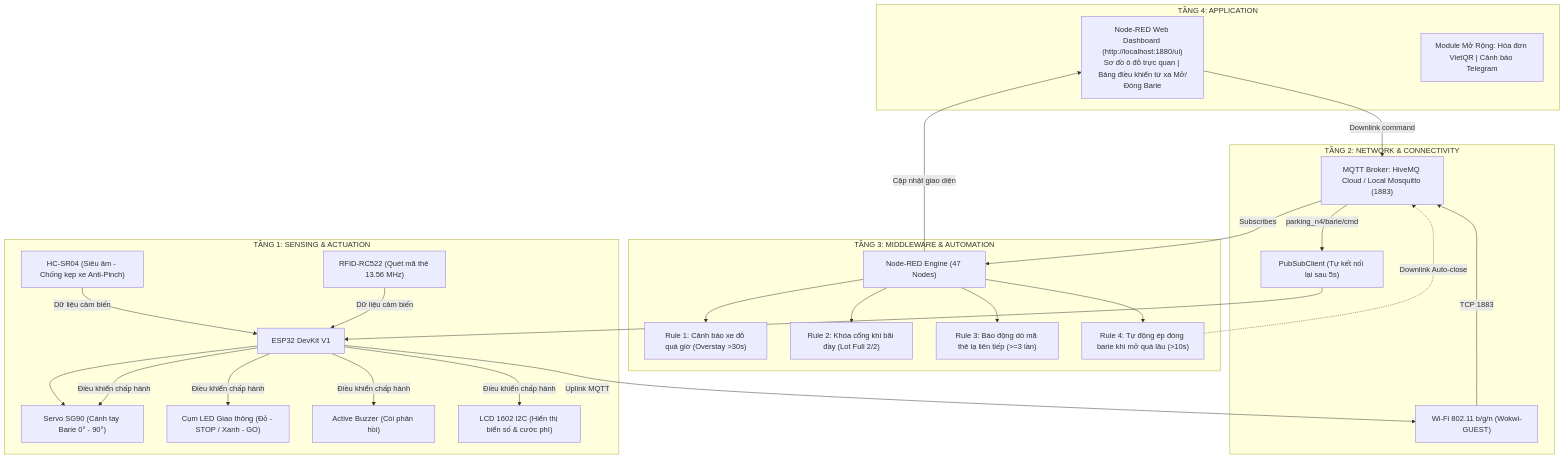
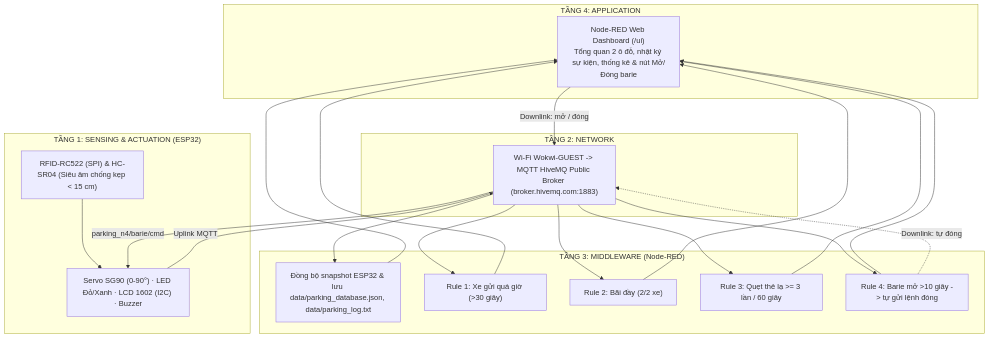
Before and after one commit to Tthoong129/IOT_Nhom4: the diagram in README.md, drawn with Mermaid. The commit also changed other lines of this file and 15 other files, not shown here.

Commit message:
chore: full sync between ESP32 firmware, Node-RED flow, dashboard UI, Docker setup, and docs

````diff
--- a/README.md
+++ b/README.md
@@ -9,45 +10,31 @@
 ```mermaid
 flowchart TD
     subgraph L4["TẦNG 4: APPLICATION"]
-        DASH["Node-RED Web Dashboard (http://localhost:1880/ui)<br/>Sơ đồ ô đỗ trực quan | Bảng điều khiển từ xa Mở/Đóng Barie"]
-        EXT["Module Mở Rộng: Hóa đơn VietQR | Cảnh báo Telegram"]
+        DASH["Node-RED Web Dashboard (/ui)<br/>Tổng quan 2 ô đỗ, nhật ký sự kiện, thống kê & nút Mở/Đóng barie"]
     end
 
-    subgraph L3["TẦNG 3: MIDDLEWARE & AUTOMATION"]
-        FLOW["Node-RED Engine (47 Nodes)"]
-        R1["Rule 1: Cảnh báo xe đỗ quá giờ (Overstay >30s)"]
-        R2["Rule 2: Khóa cổng khi bãi đầy (Lot Full 2/2)"]
-        R3["Rule 3: Báo động dò mã thẻ lạ liên tiếp (>=3 lần)"]
-        R4["Rule 4: Tự động ép đóng barie khi mở quá lâu (>10s)"]
+    subgraph L3["TẦNG 3: MIDDLEWARE (Node-RED)"]
+        SYNC["Đồng bộ snapshot ESP32 & lưu data/parking_database.json, data/parking_log.txt"]
+        R1["Rule 1: Xe gửi quá giờ (>30 giây)"]
+        R2["Rule 2: Bãi đầy (2/2 xe)"]
+        R3["Rule 3: Quẹt thẻ lạ >= 3 lần / 60 giây"]
+        R4["Rule 4: Barie mở >10 giây -> tự gửi lệnh đóng"]
     end
 
-    subgraph L2["TẦNG 2: NETWORK & CONNECTIVITY"]
-        BROKER["MQTT Broker: HiveMQ Cloud / Local Mosquitto (1883)"]
-        WIFI["Wi-Fi 802.11 b/g/n (Wokwi-GUEST)"]
-        MQTT_CLIENT["PubSubClient (Tự kết nối lại sau 5s)"]
+    subgraph L2["TẦNG 2: NETWORK"]
+        WIFI["Wi-Fi Wokwi-GUEST -> MQTT HiveMQ Public Broker (broker.hivemq.com:1883)"]
     end
 
-    subgraph L1["TẦNG 1: SENSING & ACTUATION"]
-        ESP["ESP32 DevKit V1"]
-        RFID["RFID-RC522 (Quét mã thẻ 13.56 MHz)"]
-        SONAR["HC-SR04 (Siêu âm - Chống kẹp xe Anti-Pinch)"]
-        SERVO["Servo SG90 (Cánh tay Barie 0° - 90°)"]
-        LEDS["Cụm LED Giao thông (Đỏ - STOP / Xanh - GO)"]
-        BUZZER["Active Buzzer (Còi phản hồi)"]
-        LCD["LCD 1602 I2C (Hiển thị biển số & cước phí)"]
+    subgraph L1["TẦNG 1: SENSING & ACTUATION (ESP32)"]
+        SENS["RFID-RC522 (SPI) & HC-SR04 (Siêu âm chống kẹp < 15 cm)"]
+        ACT["Servo SG90 (0-90°) · LED Đỏ/Xanh · LCD 1602 (I2C) · Buzzer"]
     end
 
-    %% Luồng truyền thông
-    RFID & SONAR -->|Dữ liệu cảm biến| ESP
-    ESP -->|Điều khiển chấp hành| SERVO & BUZZER & LCD & LEDS
-    ESP -->|Uplink MQTT| WIFI
-    WIFI -->|TCP 1883| BROKER
-    BROKER -->|Subscribes| FLOW
-    FLOW --> R1 & R2 & R3 & R4
-    FLOW -->|Cập nhật giao diện| DASH
-    DASH -->|Downlink command| BROKER
-    R4 -.->|Downlink Auto-close| BROKER
-    BROKER -->|parking_n4/barie/cmd| MQTT_CLIENT
-    MQTT_CLIENT --> ESP
-    ESP --> SERVO
+    SENS --> ACT
+    ACT -->|Uplink MQTT| WIFI
+    WIFI --> SYNC & R1 & R2 & R3 & R4
+    SYNC & R1 & R2 & R3 & R4 --> DASH
+    DASH -->|Downlink: mở / đóng| WIFI
+    R4 -.->|Downlink: tự đóng| WIFI
+    WIFI -->|parking_n4/barie/cmd| ACT
 ```
````
